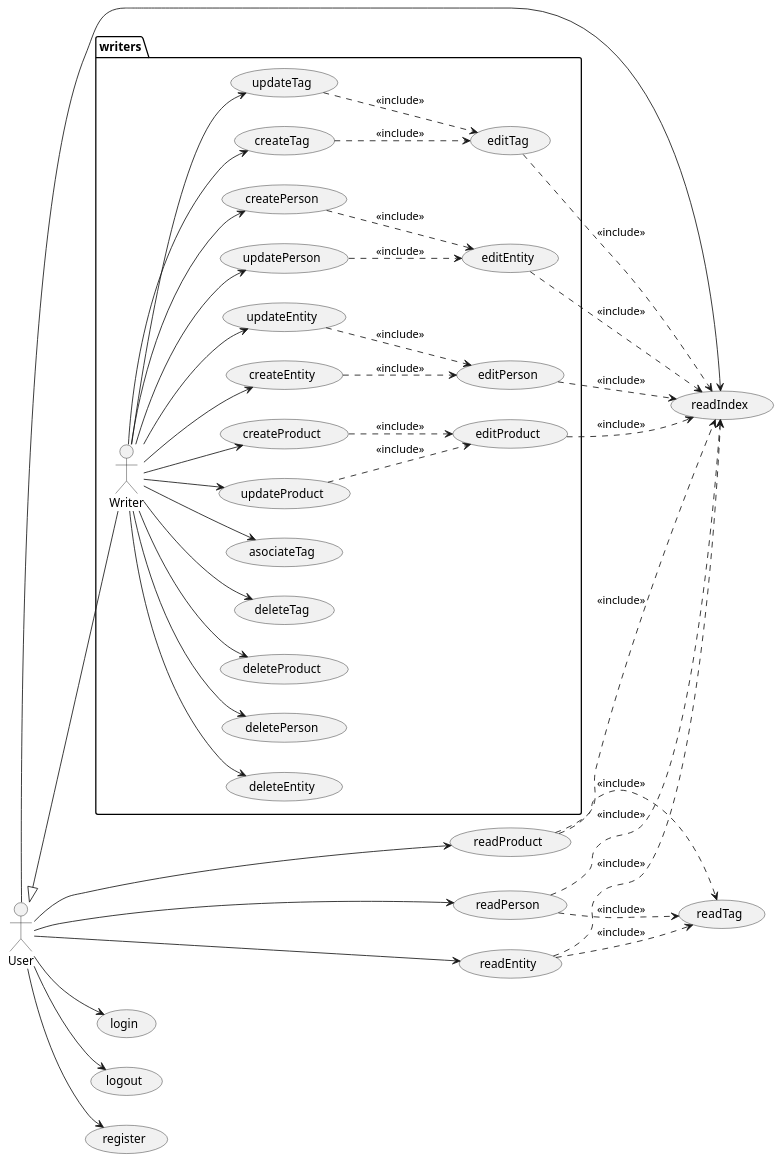
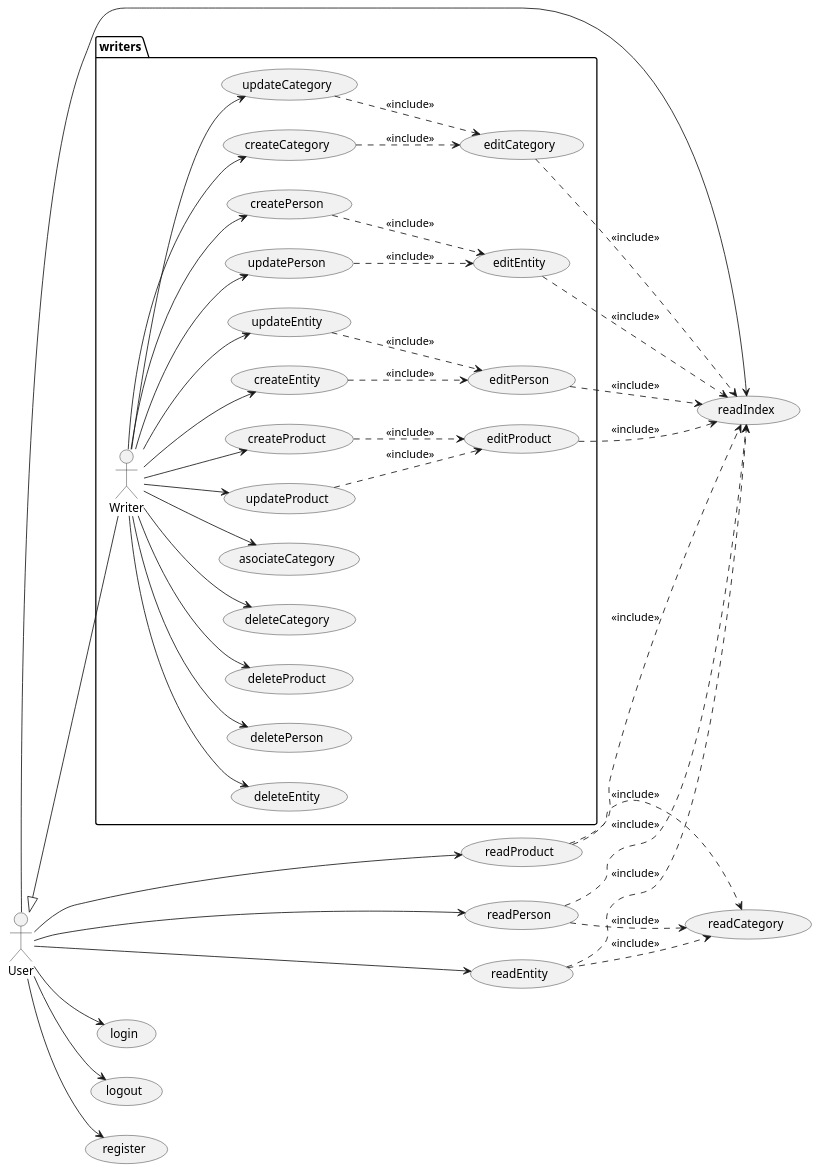
The second of 7 diagrams in index.adoc (nataliacasanova/analesdelaciencia), drawn with PlantUML before and after one commit. The commit also changed other lines of this file and 23 other files, not shown here.

```diff
--- a/index.adoc
+++ b/index.adoc
@@ -66,85 +66,85 @@
 [plantuml, diagramaActoresCasosUso, svg]
 ....
 
 left to right direction
 
 actor User
 usecase readIndex
 usecase login
 usecase logout
 usecase register
 usecase readEntity
 usecase readPerson
 usecase readProduct
-usecase readTag
+usecase readCategory
 
 
 package writers {
 actor Writer
 usecase createEntity
 usecase createPerson
 usecase createProduct
-usecase createTag
+usecase createCategory
 usecase updateEntity
 usecase updatePerson
 usecase updateProduct
-usecase updateTag
+usecase updateCategory
 usecase deleteEntity
 usecase deletePerson
 usecase deleteProduct
-usecase deleteTag
+usecase deleteCategory
 usecase editEntity
 usecase editPerson
 usecase editProduct
-usecase editTag
-usecase asociateTag
+usecase editCategory
+usecase asociateCategory
 }
 
 User --> readIndex
 User --> login
 User --> logout
 User --> register
 User --> readPerson
 User --> readEntity
 User --> readProduct
 
 readPerson ..> readIndex : <<include>>
 readEntity ..> readIndex : <<include>>
 readProduct ..> readIndex : <<include>>
-readPerson ..> readTag : <<include>>
-readEntity ..> readTag : <<include>>
-readProduct ..> readTag: <<include>>
+readPerson ..> readCategory : <<include>>
+readEntity ..> readCategory : <<include>>
+readProduct ..> readCategory: <<include>>
 
 User <|-down- Writer
 Writer --> createEntity
 Writer --> createPerson
 Writer --> createProduct
-Writer --> createTag
+Writer --> createCategory
 Writer --> updateEntity
 Writer --> updatePerson
 Writer --> updateProduct
-Writer --> updateTag
+Writer --> updateCategory
 Writer --> deleteEntity
 Writer --> deletePerson
 Writer --> deleteProduct
-Writer --> deleteTag
-Writer --> asociateTag
+Writer --> deleteCategory
+Writer --> asociateCategory
 
 
 
 createEntity ..> editPerson : <<include>>
 createPerson ..> editEntity : <<include>>
 createProduct ..> editProduct : <<include>>
-createTag ..> editTag : <<include>>
+createCategory ..> editCategory : <<include>>
 updateEntity ..> editPerson : <<include>>
 updatePerson ..> editEntity : <<include>>
 updateProduct ..> editProduct : <<include>>
-updateTag ..> editTag : <<include>>
+updateCategory ..> editCategory : <<include>>
 
 editPerson ..> readIndex : <<include>>
 editEntity ..> readIndex : <<include>>
 editProduct ..> readIndex : <<include>>
-editTag ..> readIndex : <<include>>
+editCategory ..> readIndex : <<include>>
 
 
 ....
```
